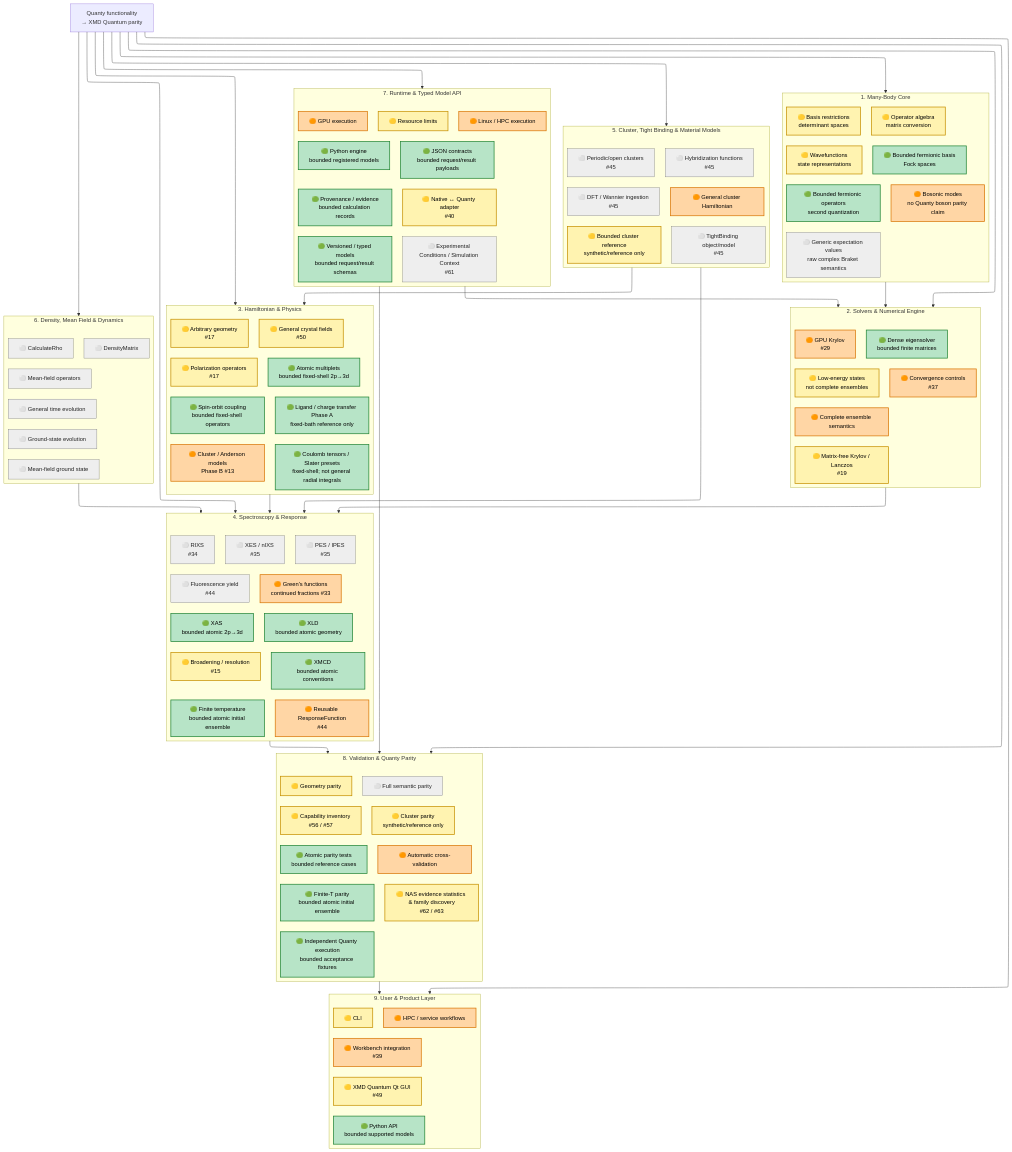
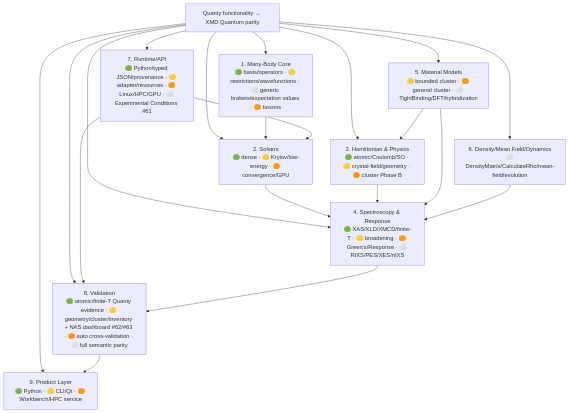
One commit to TuinvosLabs/XMDWorkbench-pages changed the diagram in roadmap/2026-10-23-v2-evidence-conditions.mmd. Above: the diagram before and after it, drawn with Mermaid. The commit also changed 2 other files, not shown here.

Commit message:
fix: publish append-only roadmap history v3

```diff
--- a/roadmap/2026-10-23-v2-evidence-conditions.mmd
+++ b/roadmap/2026-10-23-v2-evidence-conditions.mmd
@@ -1,140 +1,31 @@
----
-config:
-  layout: elk
-  look: classic
----
 flowchart TB
-    Q["Quanty functionality<br/>→ XMD Quantum parity"]
-
-    subgraph MB["1. Many-Body Core"]
-        direction LR
-        MB1["🟢 Bounded fermionic basis<br/>Fock spaces"]
-        MB2["🟡 Basis restrictions<br/>determinant spaces"]
-        MB3["🟢 Bounded fermionic operators<br/>second quantization"]
-        MB4["🟡 Wavefunctions<br/>state representations"]
-        MB5["🟡 Operator algebra<br/>matrix conversion"]
-        MB6["⚪ Generic expectation values<br/>raw complex Braket semantics"]
-        MB7["🟠 Bosonic modes<br/>no Quanty boson parity claim"]
-    end
-
-    subgraph SOL["2. Solvers & Numerical Engine"]
-        direction LR
-        S1["🟢 Dense eigensolver<br/>bounded finite matrices"]
-        S2["🟡 Matrix-free Krylov / Lanczos<br/>#19"]
-        S3["🟡 Low-energy states<br/>not complete ensembles"]
-        S4["🟠 Complete ensemble semantics"]
-        S5["🟠 Convergence controls<br/>#37"]
-        S6["🟠 GPU Krylov<br/>#29"]
-    end
-
-    subgraph PHY["3. Hamiltonian & Physics"]
-        direction LR
-        P1["🟢 Atomic multiplets<br/>bounded fixed-shell 2p→3d"]
-        P2["🟢 Coulomb tensors / Slater presets<br/>fixed-shell; not general radial integrals"]
-        P3["🟢 Spin-orbit coupling<br/>bounded fixed-shell operators"]
-        P4["🟡 General crystal fields<br/>#50"]
-        P5["🟡 Arbitrary geometry<br/>#17"]
-        P6["🟡 Polarization operators<br/>#17"]
-        P7["🟢 Ligand / charge transfer Phase A<br/>fixed-bath reference only"]
-        P8["🟠 Cluster / Anderson models<br/>Phase B #13"]
-    end
-
-    subgraph SPEC["4. Spectroscopy & Response"]
-        direction LR
-        X1["🟢 XAS<br/>bounded atomic 2p→3d"]
-        X2["🟢 XLD<br/>bounded atomic geometry"]
-        X3["🟢 XMCD<br/>bounded atomic conventions"]
-        X4["🟢 Finite temperature<br/>bounded atomic initial ensemble"]
-        X5["🟡 Broadening / resolution<br/>#15"]
-        X6["🟠 Green's functions<br/>continued fractions #33"]
-        X7["⚪ RIXS<br/>#34"]
-        X8["⚪ PES / IPES<br/>#35"]
-        X9["⚪ XES / nIXS<br/>#35"]
-        X10["⚪ Fluorescence yield<br/>#44"]
-        X11["🟠 Reusable ResponseFunction<br/>#44"]
-    end
-
-    subgraph MAT["5. Cluster, Tight Binding & Material Models"]
-        direction LR
-        M1["🟡 Bounded cluster reference<br/>synthetic/reference only"]
-        M2["🟠 General cluster Hamiltonian"]
-        M3["⚪ TightBinding object/model<br/>#45"]
-        M4["⚪ Periodic/open clusters<br/>#45"]
-        M5["⚪ DFT / Wannier ingestion<br/>#45"]
-        M6["⚪ Hybridization functions<br/>#45"]
-    end
-
-    subgraph DYN["6. Density, Mean Field & Dynamics"]
-        direction LR
-        D1["⚪ DensityMatrix"]
-        D2["⚪ CalculateRho"]
-        D3["⚪ Mean-field operators"]
-        D4["⚪ Mean-field ground state"]
-        D5["⚪ Ground-state evolution"]
-        D6["⚪ General time evolution"]
-    end
-
-    subgraph RUN["7. Runtime & Typed Model API"]
-        direction LR
-        R1["🟢 Python engine<br/>bounded registered models"]
-        R2["🟢 Versioned / typed models<br/>bounded request/result schemas"]
-        R3["🟢 JSON contracts<br/>bounded request/result payloads"]
-        R4["🟢 Provenance / evidence<br/>bounded calculation records"]
-        R5["🟡 Native ↔ Quanty adapter<br/>#40"]
-        R6["🟡 Resource limits"]
-        R7["🟠 Linux / HPC execution"]
-        R8["🟠 GPU execution"]
-        R9["⚪ Experimental Conditions / Simulation Context<br/>#61"]
-    end
-
-    subgraph VAL["8. Validation & Quanty Parity"]
-        direction LR
-        V1["🟢 Independent Quanty execution<br/>bounded acceptance fixtures"]
-        V2["🟢 Atomic parity tests<br/>bounded reference cases"]
-        V3["🟢 Finite-T parity<br/>bounded atomic initial ensemble"]
-        V4["🟡 Geometry parity"]
-        V5["🟡 Cluster parity<br/>synthetic/reference only"]
-        V6["🟡 Capability inventory<br/>#56 / #57"]
-        V7["🟠 Automatic cross-validation"]
-        V8["⚪ Full semantic parity"]
-        V9["🟡 NAS evidence statistics & family discovery<br/>#62 / #63"]
-    end
-
-    subgraph UX["9. User & Product Layer"]
-        direction LR
-        U1["🟢 Python API<br/>bounded supported models"]
-        U2["🟡 CLI"]
-        U3["🟡 XMD Quantum Qt GUI<br/>#49"]
-        U4["🟠 Workbench integration<br/>#39"]
-        U5["🟠 HPC / service workflows"]
-    end
+    Q["Quanty functionality → XMD Quantum parity"]
+    MB["1. Many-Body Core<br/>🟢 basis/operators · 🟡 restrictions/wavefunctions · ⚪ generic brakets/expectation values · 🟠 bosons"]
+    SOL["2. Solvers<br/>🟢 dense · 🟡 Krylov/low-energy · 🟠 convergence/GPU"]
+    PHY["3. Hamiltonian & Physics<br/>🟢 atomic/Coulomb/SO · 🟡 crystal-field/geometry · 🟠 cluster Phase B"]
+    SPEC["4. Spectroscopy & Response<br/>🟢 XAS/XLD/XMCD/finite-T · 🟡 broadening · 🟠 Green's/Response · ⚪ RIXS/PES/XES/nIXS"]
+    MAT["5. Material Models<br/>🟡 bounded cluster · 🟠 general cluster · ⚪ TightBinding/DFT/hybridization"]
+    DYN["6. Density/Mean Field/Dynamics<br/>⚪ DensityMatrix/CalculateRho/mean-field/evolution"]
+    RUN["7. Runtime/API<br/>🟢 Python/typed JSON/provenance · 🟡 adapter/resources · 🟠 Linux/HPC/GPU · ⚪ Experimental Conditions #61"]
+    VAL["8. Validation<br/>🟢 atomic/finite-T Quanty evidence · 🟡 geometry/cluster/inventory + NAS dashboard #62/#63 · 🟠 auto cross-validation · ⚪ full semantic parity"]
+    UX["9. Product Layer<br/>🟢 Python · 🟡 CLI/Qt · 🟠 Workbench/HPC service"]
 
     Q --> MB
     Q --> SOL
     Q --> PHY
     Q --> SPEC
     Q --> MAT
     Q --> DYN
     Q --> RUN
     Q --> VAL
     Q --> UX
     MB --> SOL
     SOL --> SPEC
     PHY --> SPEC
     MAT --> PHY
     MAT --> SPEC
     DYN --> SPEC
     RUN --> SOL
     RUN --> VAL
     SPEC --> VAL
     VAL --> UX
-
-    classDef done fill:#b7e4c7,stroke:#238636,color:#000,stroke-width:2px
-    classDef partial fill:#fff3b0,stroke:#c69000,color:#000,stroke-width:2px
-    classDef early fill:#ffd6a5,stroke:#d97706,color:#000,stroke-width:2px
-    classDef todo fill:#eeeeee,stroke:#777,color:#222,stroke-width:1px
-
-    class MB1,MB3,S1,P1,P2,P3,P7,X1,X2,X3,X4,R1,R2,R3,R4,V1,V2,V3,U1 done
-    class MB2,MB4,MB5,S2,S3,P4,P5,P6,X5,M1,R5,R6,V4,V5,V6,V9,U2,U3 partial
-    class MB7,S4,S5,S6,P8,X6,X11,M2,R7,R8,V7,U4,U5 early
-    class MB6,R9,X7,X8,X9,X10,M3,M4,M5,M6,D1,D2,D3,D4,D5,D6,V8 todo
```
